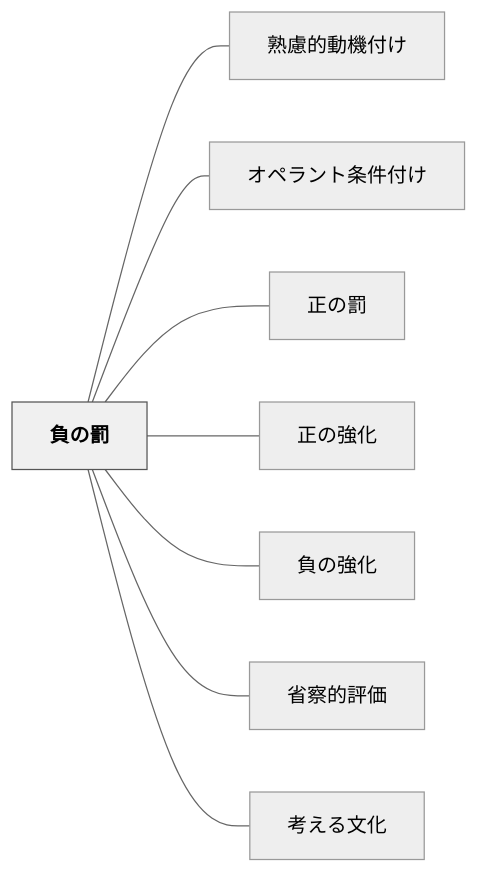
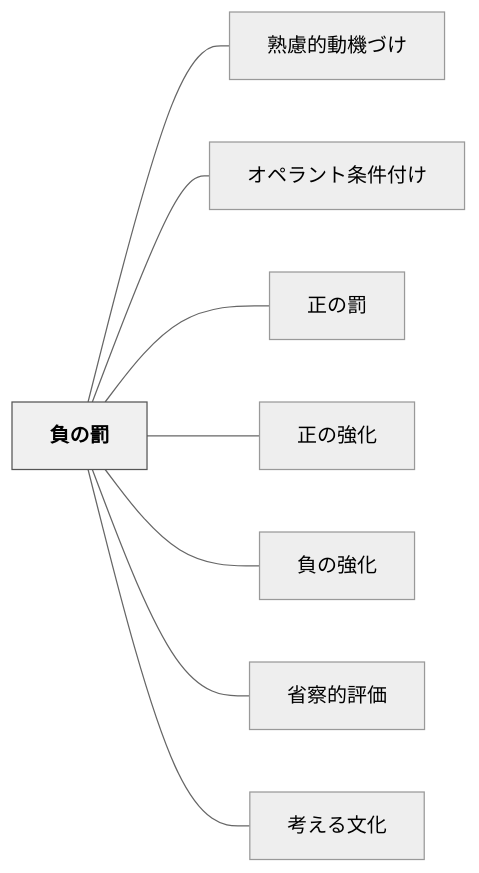
Before and after one commit to unknownthings-ed-patterns/unknownthings-ed-patterns: the diagram in content/パタン/負の罰.md, drawn with Mermaid (neutral theme). The commit also changed other lines of this file and 234 other files, not shown here.

````diff
--- a/content/パタン/負の罰.md
+++ b/content/パタン/負の罰.md
@@ -37,22 +37,22 @@
 ```mermaid
 flowchart LR
     ne8b2a0e381aee7bdb0["負の罰"]
-    ne7869fe685aee79a84e58b95e6a99fe4bb98e38191["熟慮的動機付け"]
+    ne7869fe685aee79a84e58b95e6a99fe381a5e38191["熟慮的動機づけ"]
     ne382aae3839ae383a9e383b3e38388e69da1e4bbb6e4bb98e38191["オペラント条件付け"]
     ne6ada3e381aee7bdb0["正の罰"]
     ne6ada3e381aee5bcb7e58c96["正の強化"]
     ne8b2a0e381aee5bcb7e58c96["負の強化"]
     ne79c81e5af9fe79a84e8a995e4bea1["省察的評価"]
     ne88083e38188e3828be69687e58c96["考える文化"]
 
-    ne8b2a0e381aee7bdb0 --- ne7869fe685aee79a84e58b95e6a99fe4bb98e38191
+    ne8b2a0e381aee7bdb0 --- ne7869fe685aee79a84e58b95e6a99fe381a5e38191
     ne8b2a0e381aee7bdb0 --- ne382aae3839ae383a9e383b3e38388e69da1e4bbb6e4bb98e38191
     ne8b2a0e381aee7bdb0 --- ne6ada3e381aee7bdb0
     ne8b2a0e381aee7bdb0 --- ne6ada3e381aee5bcb7e58c96
     ne8b2a0e381aee7bdb0 --- ne8b2a0e381aee5bcb7e58c96
     ne8b2a0e381aee7bdb0 --- ne79c81e5af9fe79a84e8a995e4bea1
     ne8b2a0e381aee7bdb0 --- ne88083e38188e3828be69687e58c96
 
     classDef hub fill:#f0f0f0,stroke:#555,color:#000,font-weight:bold
     class ne8b2a0e381aee7bdb0 hub
 ```
````
